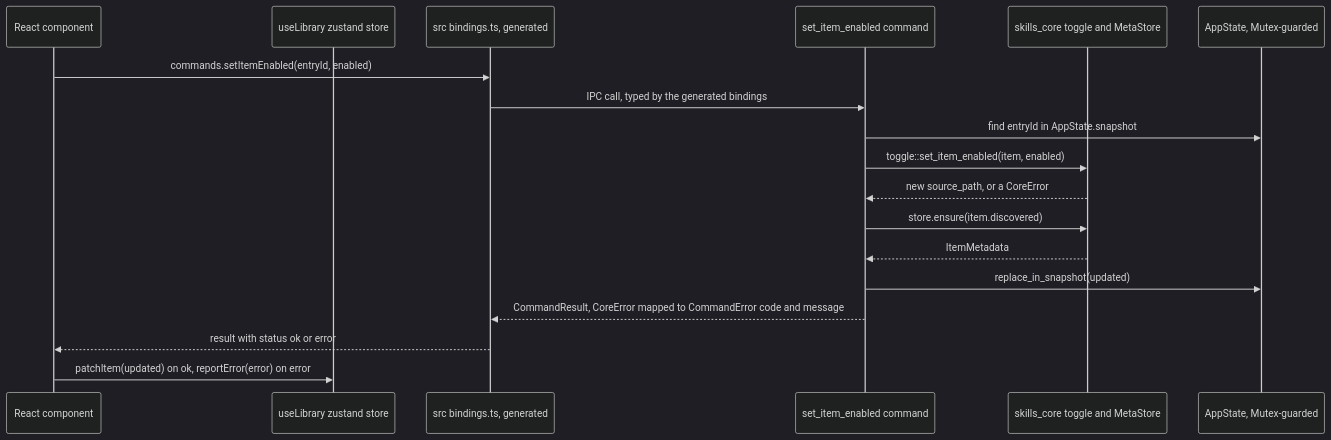
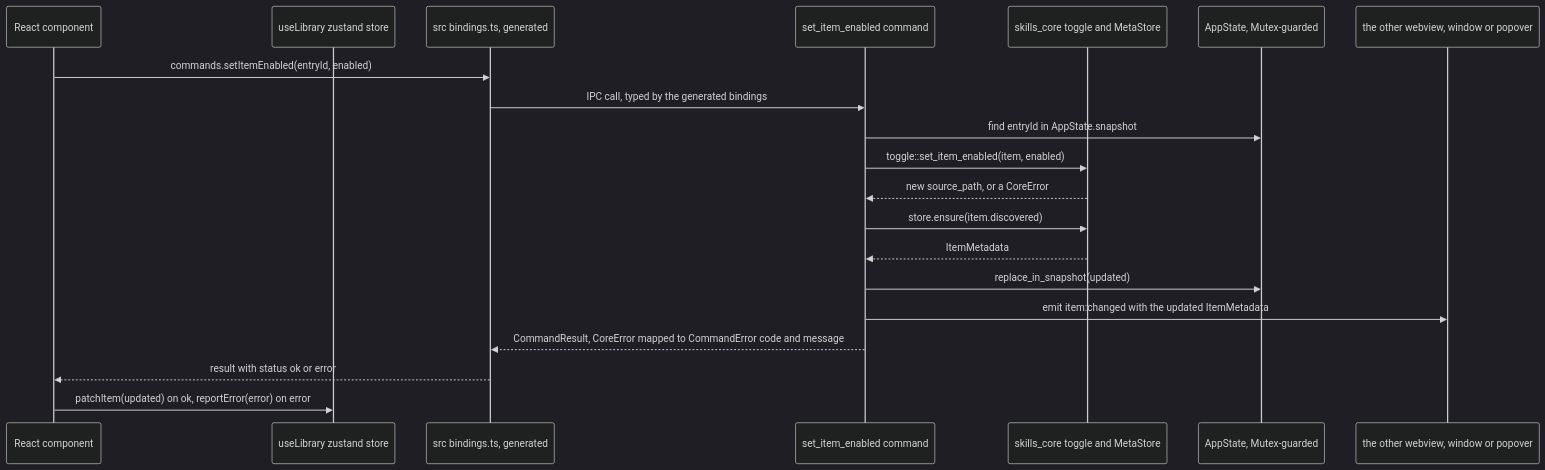
The third of 3 diagrams in ARCHITECTURE.md (nimble-123/skills-hub), drawn with Mermaid (dark theme) before and after one commit. The commit also changed other lines of this file and 32 other files, not shown here.

````diff
--- a/ARCHITECTURE.md
+++ b/ARCHITECTURE.md
@@ -219,21 +219,23 @@
 ```mermaid
 sequenceDiagram
     participant UI as React component
     participant Store as useLibrary zustand store
     participant B as src bindings.ts, generated
     participant Cmd as set_item_enabled command
     participant Core as skills_core toggle and MetaStore
     participant State as AppState, Mutex-guarded
+    participant Other as the other webview, window or popover
 
     UI->>B: commands.setItemEnabled(entryId, enabled)
     B->>Cmd: IPC call, typed by the generated bindings
     Cmd->>State: find entryId in AppState.snapshot
     Cmd->>Core: toggle::set_item_enabled(item, enabled)
     Core-->>Cmd: new source_path, or a CoreError
     Cmd->>Core: store.ensure(item.discovered)
     Core-->>Cmd: ItemMetadata
     Cmd->>State: replace_in_snapshot(updated)
+    Cmd->>Other: emit item:changed with the updated ItemMetadata
     Cmd-->>B: CommandResult, CoreError mapped to CommandError code and message
     B-->>UI: result with status ok or error
     UI->>Store: patchItem(updated) on ok, reportError(error) on error
 ```
````
